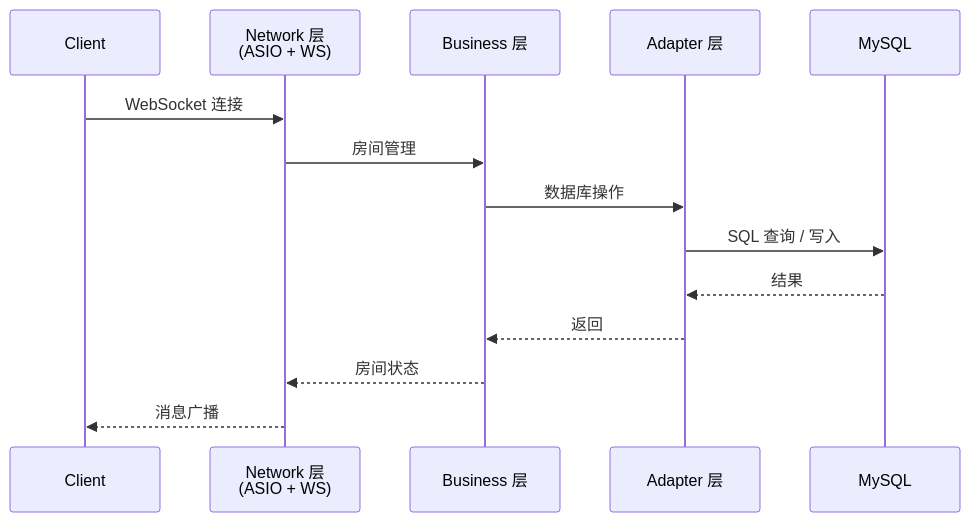
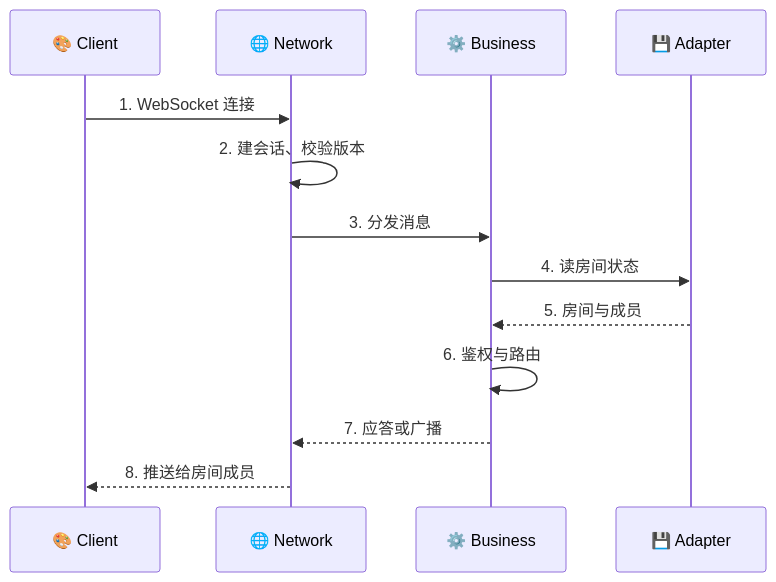
Before and after one commit to xiaofusu123/PrismPlayer: the third of 4 diagrams in docs/markdown/数据流.md, drawn with Mermaid. The commit also changed other lines of this file and 8 other files, not shown here.

````diff
--- a/docs/markdown/数据流.md
+++ b/docs/markdown/数据流.md
@@ -102,19 +110,19 @@
 ```mermaid
 sequenceDiagram
-accTitle: Server 端请求处理链路
-accDescr: Client 经 Network 层、Business 层、Adapter 层到 MySQL 的 WebSocket 请求与结果回传
-    participant CLIENT as Client
-    participant NET as Network 层<br/>(ASIO + WS)
-    participant BIZ as Business 层
-    participant ADP as Adapter 层
-    participant DB as MySQL
+    accTitle: 服务端请求处理链路
+    accDescr: 客户端经 Network 层进入 Business 层，再经 Adapter 层读写存储，结果逐层回传并广播
 
-    CLIENT->>NET: WebSocket 连接
-    NET->>BIZ: 房间管理
-    BIZ->>ADP: 数据库操作
-    ADP->>DB: SQL 查询 / 写入
-    DB-->>ADP: 结果
-    ADP-->>BIZ: 返回
-    BIZ-->>NET: 房间状态
-    NET-->>CLIENT: 消息广播
+    participant cli as 🎨 Client
+    participant net as 🌐 Network
+    participant biz as ⚙️ Business
+    participant adp as 💾 Adapter
+
+    cli->>net: 1. WebSocket 连接
+    net->>net: 2. 建会话、校验版本
+    net->>biz: 3. 分发消息
+    biz->>adp: 4. 读房间状态
+    adp-->>biz: 5. 房间与成员
+    biz->>biz: 6. 鉴权与路由
+    biz-->>net: 7. 应答或广播
+    net-->>cli: 8. 推送给房间成员
 ```
````
